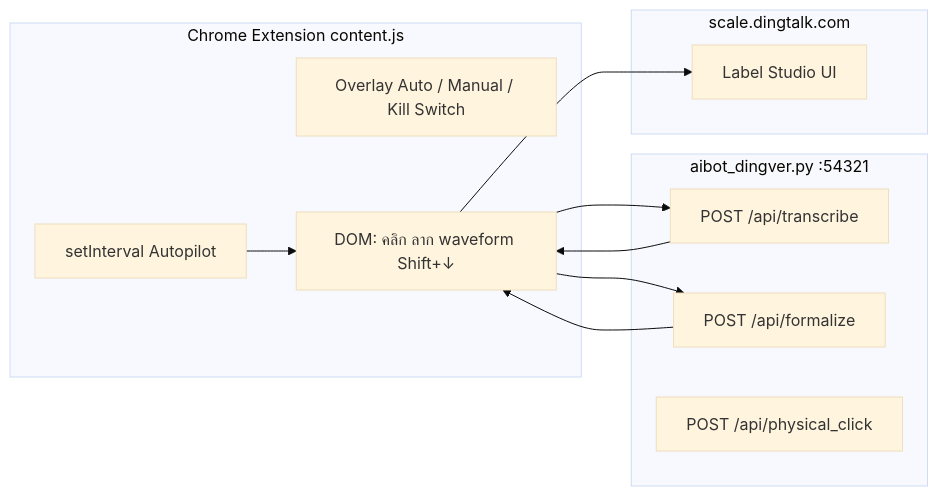
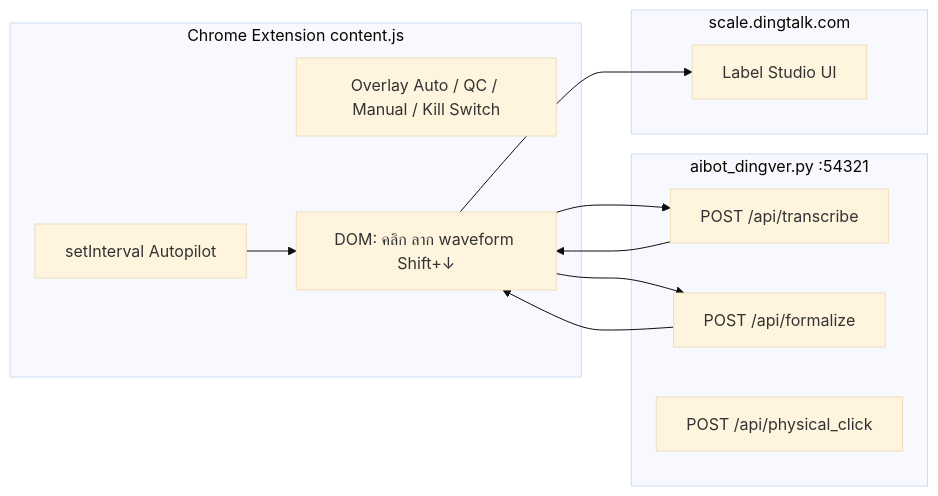
The second of 6 diagrams in .cursor/skills/dingtag-project/flows.md (aemilia1962/DingTag_Automatron_Alternative), drawn with Mermaid (base theme) before and after one commit. The commit also changed other lines of this file and 5 other files, not shown here.

````diff
--- a/.cursor/skills/dingtag-project/flows.md
+++ b/.cursor/skills/dingtag-project/flows.md
@@ -137,19 +137,19 @@
 ```mermaid
 flowchart LR
     subgraph Browser["Chrome Extension content.js"]
-        UI[Overlay Auto / Manual / Kill Switch]
+        UI[Overlay Auto / QC / Manual / Kill Switch]
         DOM[DOM: คลิก ลาก waveform Shift+↓]
         Poll[setInterval Autopilot]
     end
     subgraph Local["aibot_dingver.py :54321"]
         T[POST /api/transcribe]
         F[POST /api/formalize]
         P[POST /api/physical_click]
     end
     subgraph Site["scale.dingtalk.com"]
         LS[Label Studio UI]
     end
     Poll --> DOM --> LS
     DOM --> T --> DOM
     DOM --> F --> DOM
 ```
````
